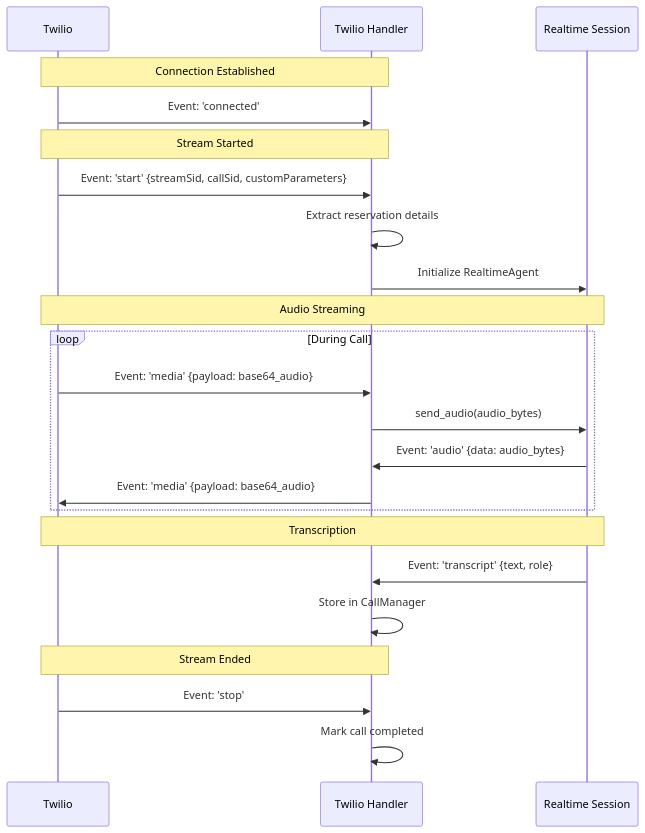
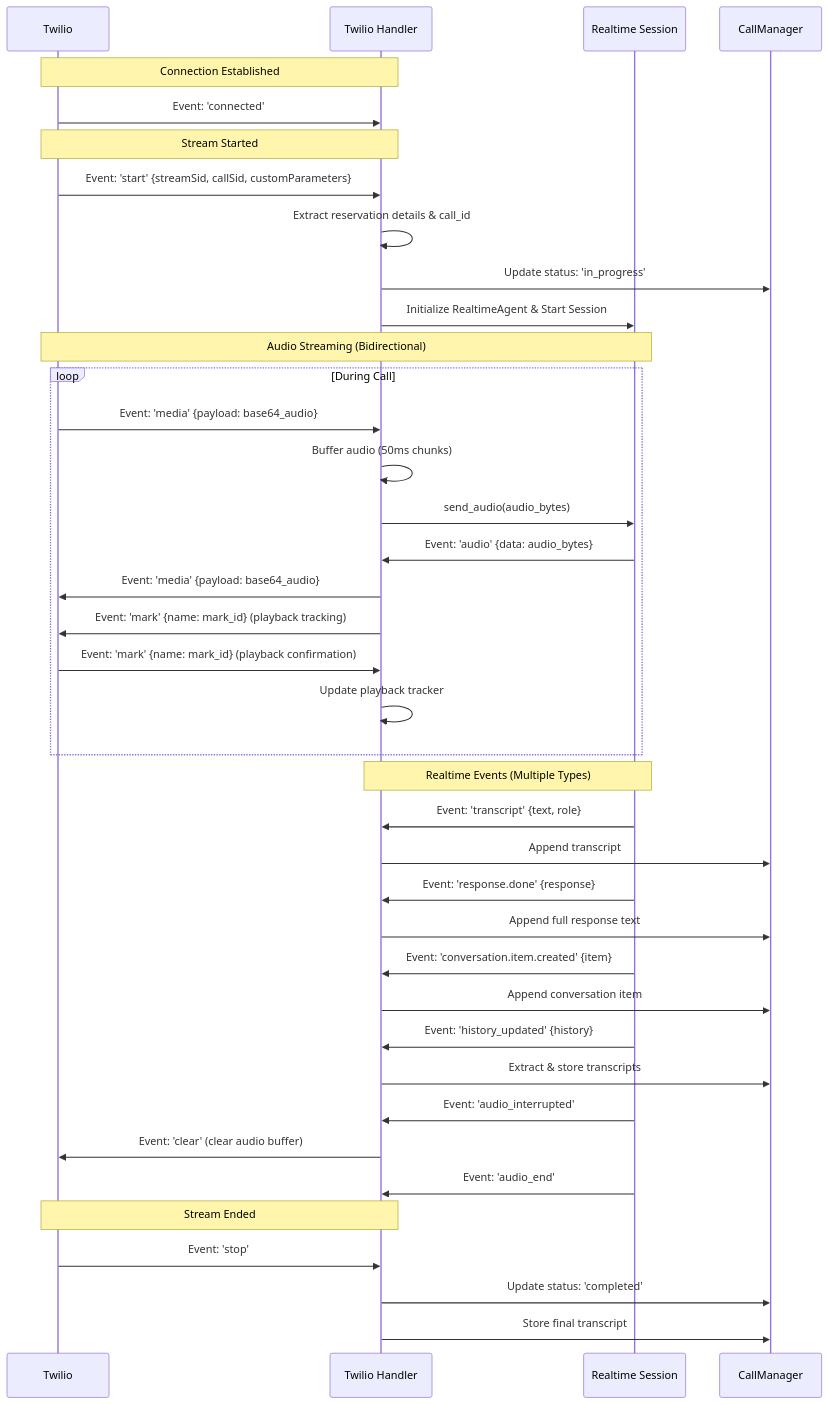
Before and after one commit to lethiess/ai-concierge: the sixth of 7 diagrams in docs/twilio_realtime_flow.md, drawn with Mermaid. The commit also changed other lines of this file, not shown here.

````diff
--- a/docs/twilio_realtime_flow.md
+++ b/docs/twilio_realtime_flow.md
@@ -128,30 +284,53 @@
 ```mermaid
 sequenceDiagram
     participant Twilio
     participant Handler as Twilio Handler
     participant Realtime as Realtime Session
+    participant CallManager
 
     Note over Twilio,Handler: Connection Established
     Twilio->>Handler: Event: 'connected'
     
     Note over Twilio,Handler: Stream Started
     Twilio->>Handler: Event: 'start' {streamSid, callSid, customParameters}
-    Handler->>Handler: Extract reservation details
-    Handler->>Realtime: Initialize RealtimeAgent
+    Handler->>Handler: Extract reservation details & call_id
+    Handler->>CallManager: Update status: 'in_progress'
+    Handler->>Realtime: Initialize RealtimeAgent & Start Session
     
-    Note over Twilio,Realtime: Audio Streaming
+    Note over Twilio,Realtime: Audio Streaming (Bidirectional)
     loop During Call
         Twilio->>Handler: Event: 'media' {payload: base64_audio}
+        Handler->>Handler: Buffer audio (50ms chunks)
         Handler->>Realtime: send_audio(audio_bytes)
+        
         Realtime->>Handler: Event: 'audio' {data: audio_bytes}
         Handler->>Twilio: Event: 'media' {payload: base64_audio}
+        Handler->>Twilio: Event: 'mark' {name: mark_id} (playback tracking)
+        
+        Twilio->>Handler: Event: 'mark' {name: mark_id} (playback confirmation)
+        Handler->>Handler: Update playback tracker
     end
     
-    Note over Twilio,Realtime: Transcription
+    Note over Realtime,Handler: Realtime Events (Multiple Types)
     Realtime->>Handler: Event: 'transcript' {text, role}
-    Handler->>Handler: Store in CallManager
+    Handler->>CallManager: Append transcript
+    
+    Realtime->>Handler: Event: 'response.done' {response}
+    Handler->>CallManager: Append full response text
+    
+    Realtime->>Handler: Event: 'conversation.item.created' {item}
+    Handler->>CallManager: Append conversation item
+    
+    Realtime->>Handler: Event: 'history_updated' {history}
+    Handler->>CallManager: Extract & store transcripts
+    
+    Realtime->>Handler: Event: 'audio_interrupted'
+    Handler->>Twilio: Event: 'clear' (clear audio buffer)
+    
+    Realtime->>Handler: Event: 'audio_end'
     
     Note over Twilio,Handler: Stream Ended
     Twilio->>Handler: Event: 'stop'
-    Handler->>Handler: Mark call completed
+    Handler->>CallManager: Update status: 'completed'
+    Handler->>CallManager: Store final transcript
 ```
````
